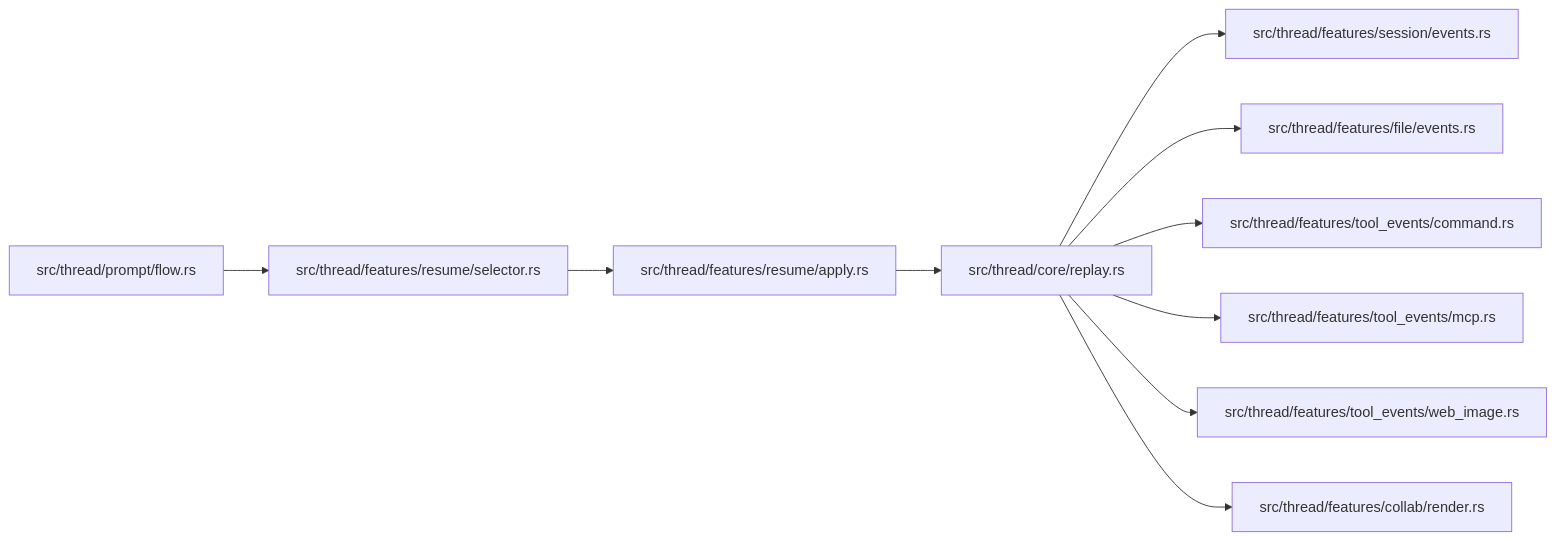
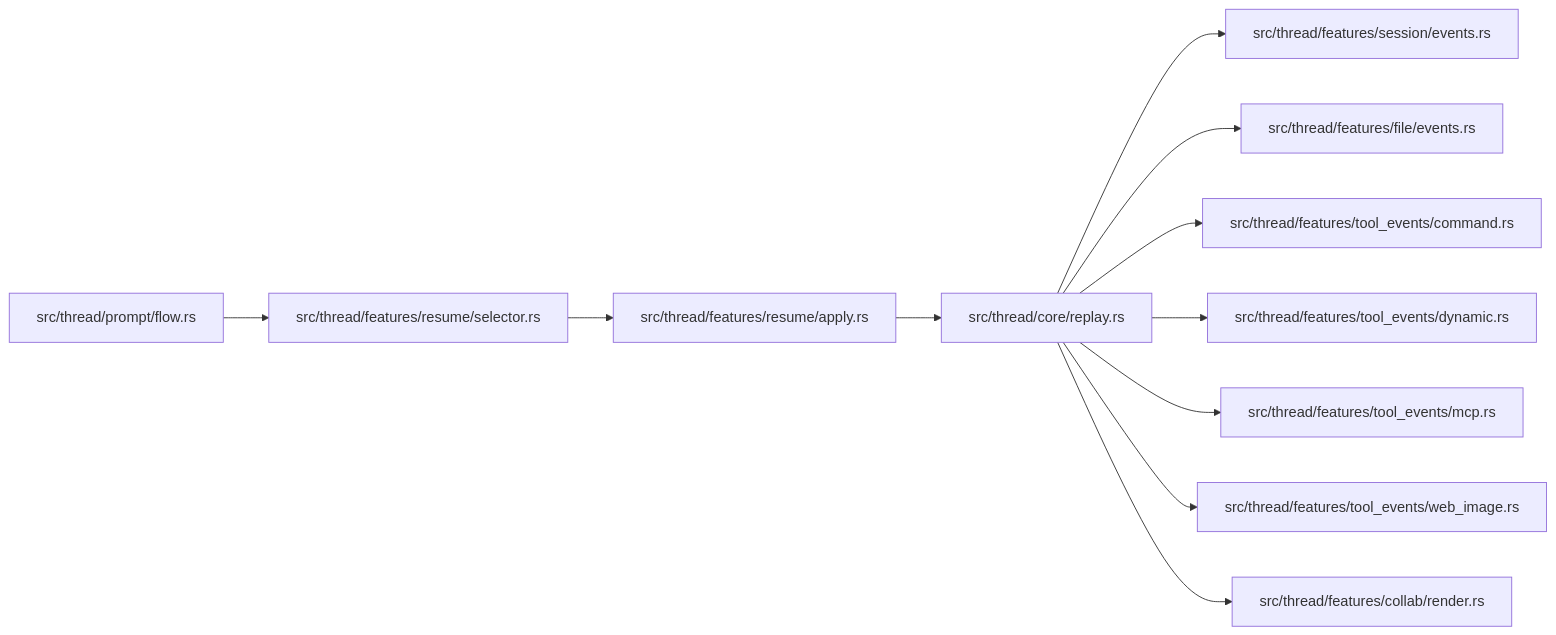
The second of 3 diagrams in docs/thread-feature-map.md (Qweasd123tg/zed-codex-ACP-CAS), drawn with Mermaid before and after one commit. The commit also changed other lines of this file and 10 other files, not shown here.

Commit message:
Add DynamicToolCall plumbing

````diff
--- a/docs/thread-feature-map.md
+++ b/docs/thread-feature-map.md
@@ -82,13 +84,14 @@
 ```mermaid
 flowchart LR
     PromptFlow[src/thread/prompt/flow.rs] --> ResumeSelector[src/thread/features/resume/selector.rs]
     ResumeSelector --> ResumeApply[src/thread/features/resume/apply.rs]
     ResumeApply --> Replay[src/thread/core/replay.rs]
 
     Replay --> SessionReplay[src/thread/features/session/events.rs]
     Replay --> FileReplay[src/thread/features/file/events.rs]
     Replay --> CommandReplay[src/thread/features/tool_events/command.rs]
+    Replay --> DynamicReplay[src/thread/features/tool_events/dynamic.rs]
     Replay --> McpReplay[src/thread/features/tool_events/mcp.rs]
     Replay --> WebImageReplay[src/thread/features/tool_events/web_image.rs]
     Replay --> CollabReplay[src/thread/features/collab/render.rs]
 ```
````
